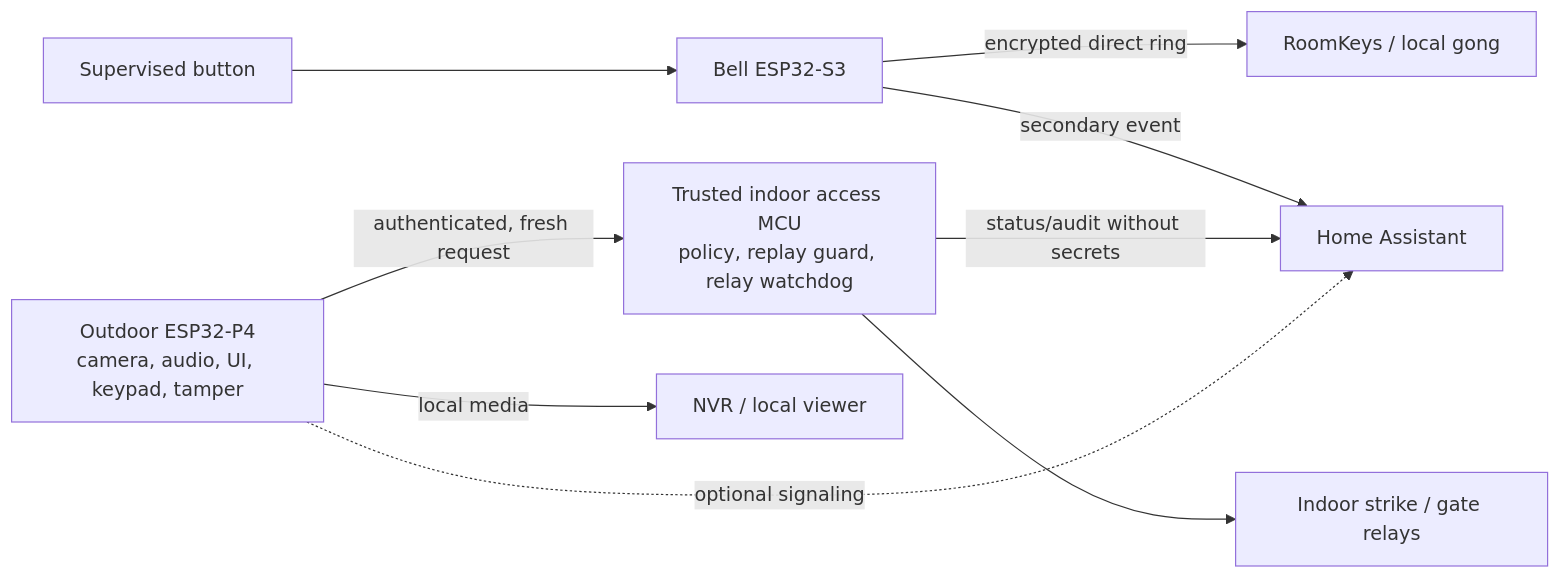
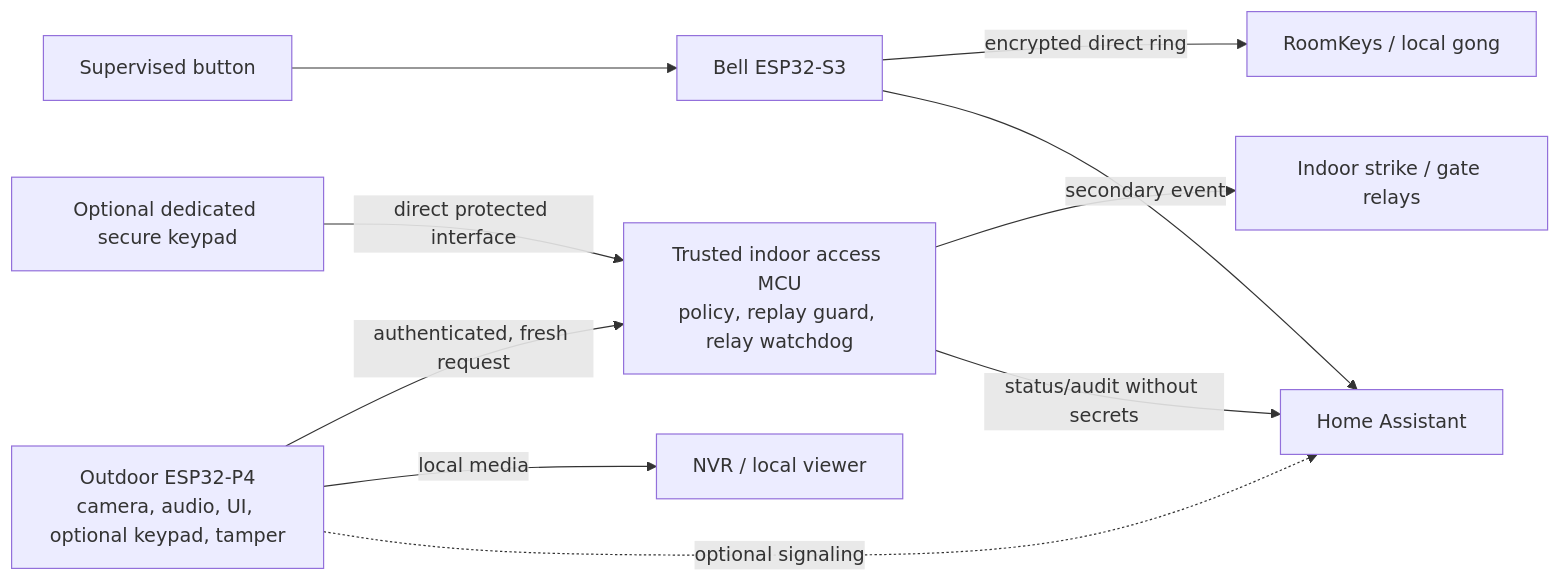
Before and after one commit to aikos-home/intercom: the diagram in docs/architecture-v2.md, drawn with Mermaid. The commit also changed other lines of this file and 5 other files, not shown here.

Commit message:
Harden WP1 architecture trust and topology assumptions

````diff
--- a/docs/architecture-v2.md
+++ b/docs/architecture-v2.md
@@ -9,11 +9,12 @@
 ```mermaid
 flowchart LR
   B[Supervised button] --> S[Bell ESP32-S3]
   S -- encrypted direct ring --> R[RoomKeys / local gong]
   S -- secondary event --> H[Home Assistant]
-  P[Outdoor ESP32-P4<br/>camera, audio, UI, keypad, tamper] -- authenticated, fresh request --> C[Trusted indoor access MCU<br/>policy, replay guard, relay watchdog]
+  P[Outdoor ESP32-P4<br/>camera, audio, UI, optional keypad, tamper] -- authenticated, fresh request --> C[Trusted indoor access MCU<br/>policy, replay guard, relay watchdog]
+  K[Optional dedicated secure keypad] -- direct protected interface --> C
   C --> L[Indoor strike / gate relays]
   C -- status/audit without secrets --> H
   P -- local media --> N[NVR / local viewer]
   P -. optional signaling .-> H
 ```
````
